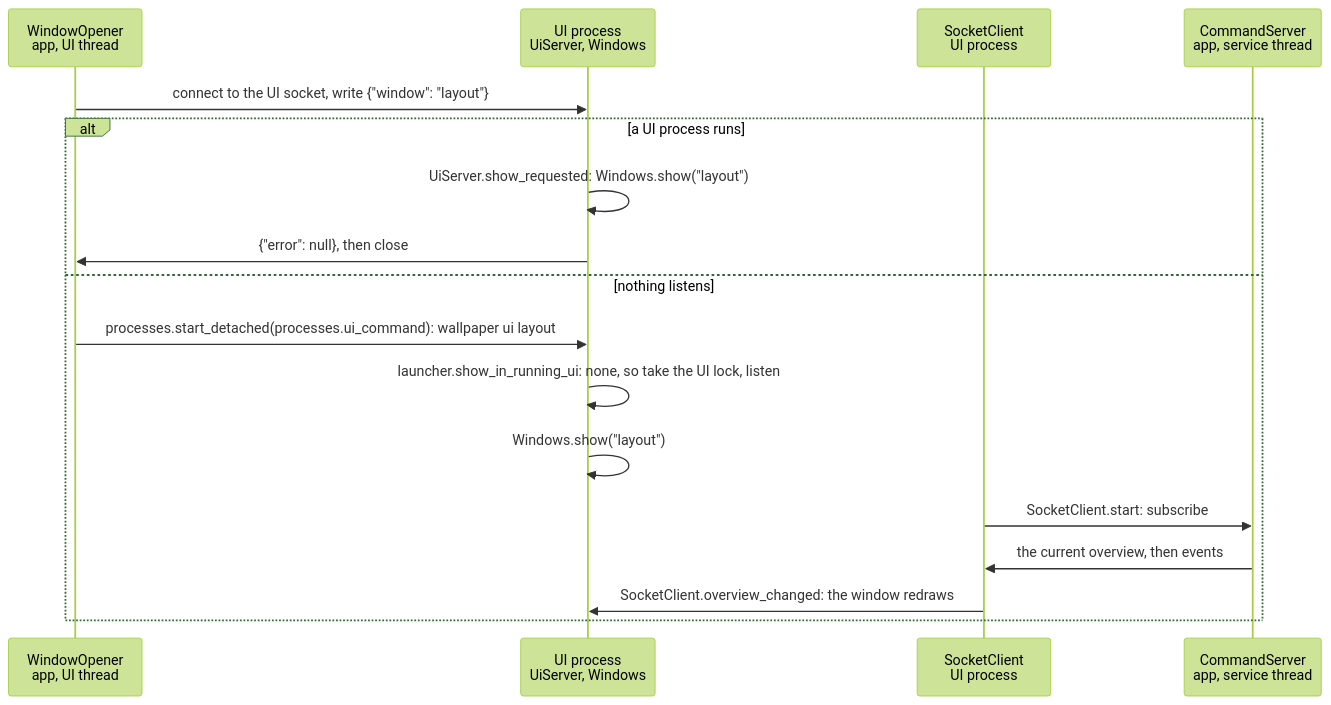
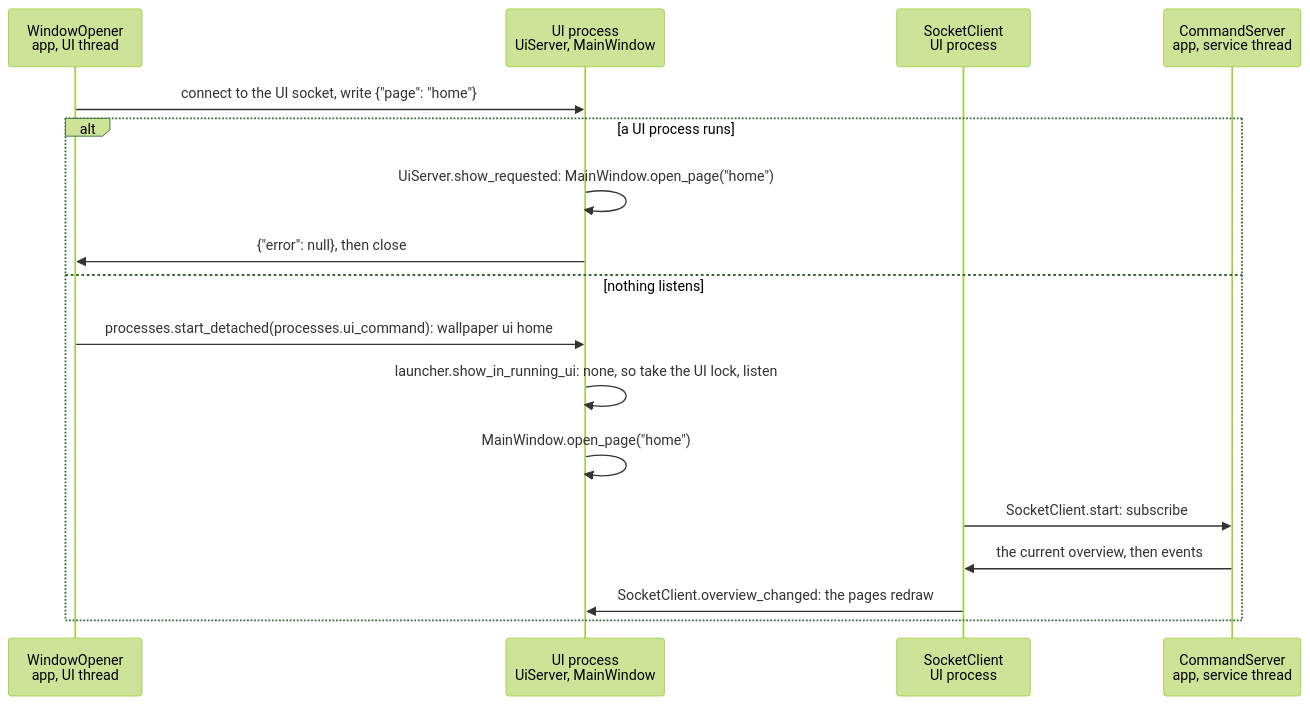
Before and after one commit to cheshire0xff/wallpaper_py: the fifth of 7 diagrams in docs/app-wiring.md, drawn with Mermaid (forest theme). The commit also changed other lines of this file and 34 other files, not shown here.

First line of the commit message:
Phase 4 step 4: one main window with a sidebar (Home, Library, Settings)

````diff
--- a/docs/app-wiring.md
+++ b/docs/app-wiring.md
@@ -259,20 +271,20 @@
 ```mermaid
 sequenceDiagram
     participant O as WindowOpener<br/>app, UI thread
-    participant U as UI process<br/>UiServer, Windows
+    participant U as UI process<br/>UiServer, MainWindow
     participant C as SocketClient<br/>UI process
     participant S as CommandServer<br/>app, service thread
 
-    O->>U: connect to the UI socket, write {"window": "layout"}
+    O->>U: connect to the UI socket, write {"page": "home"}
     alt a UI process runs
-        U->>U: UiServer.show_requested: Windows.show("layout")
+        U->>U: UiServer.show_requested: MainWindow.open_page("home")
         U->>O: {"error": null}, then close
     else nothing listens
-        O->>U: processes.start_detached(processes.ui_command): wallpaper ui layout
+        O->>U: processes.start_detached(processes.ui_command): wallpaper ui home
         U->>U: launcher.show_in_running_ui: none, so take the UI lock, listen
-        U->>U: Windows.show("layout")
+        U->>U: MainWindow.open_page("home")
         C->>S: SocketClient.start: subscribe
         S->>C: the current overview, then events
-        C->>U: SocketClient.overview_changed: the window redraws
+        C->>U: SocketClient.overview_changed: the pages redraw
     end
 ```
````
